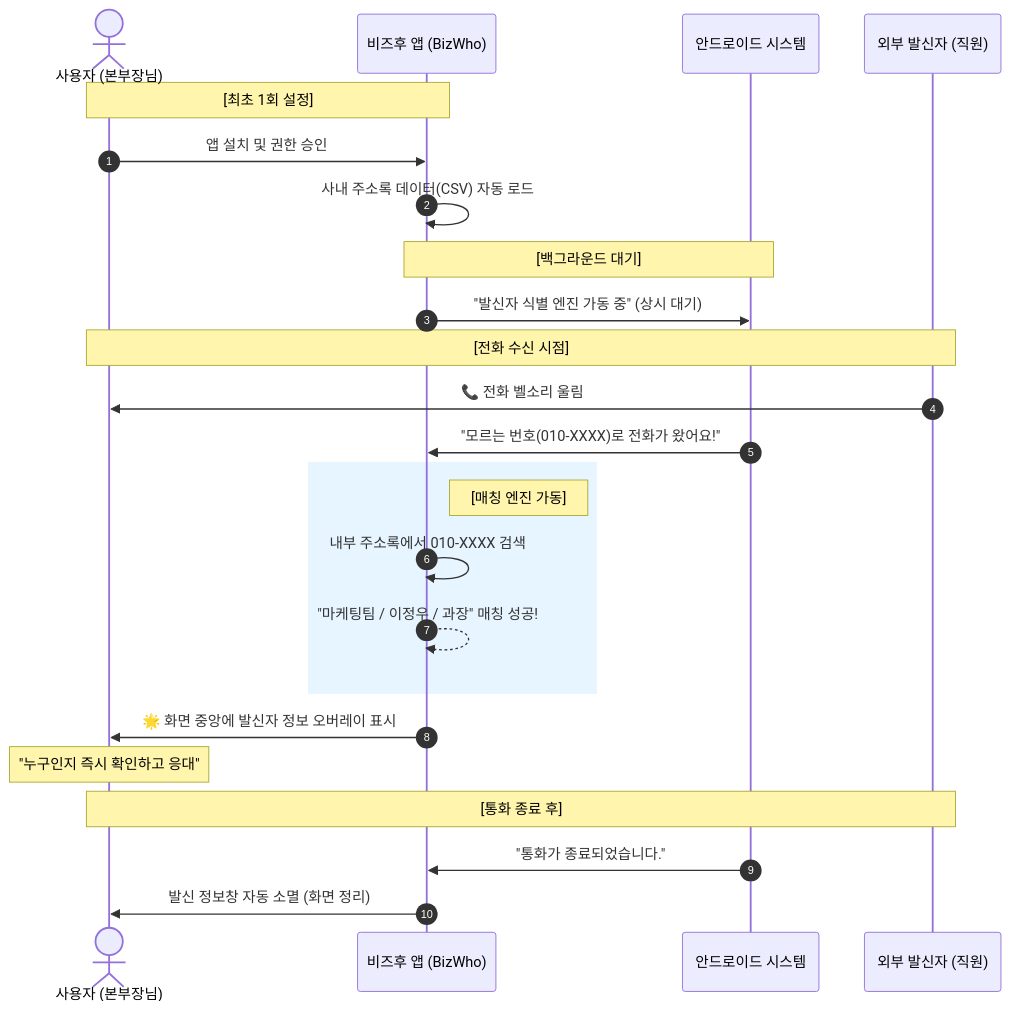
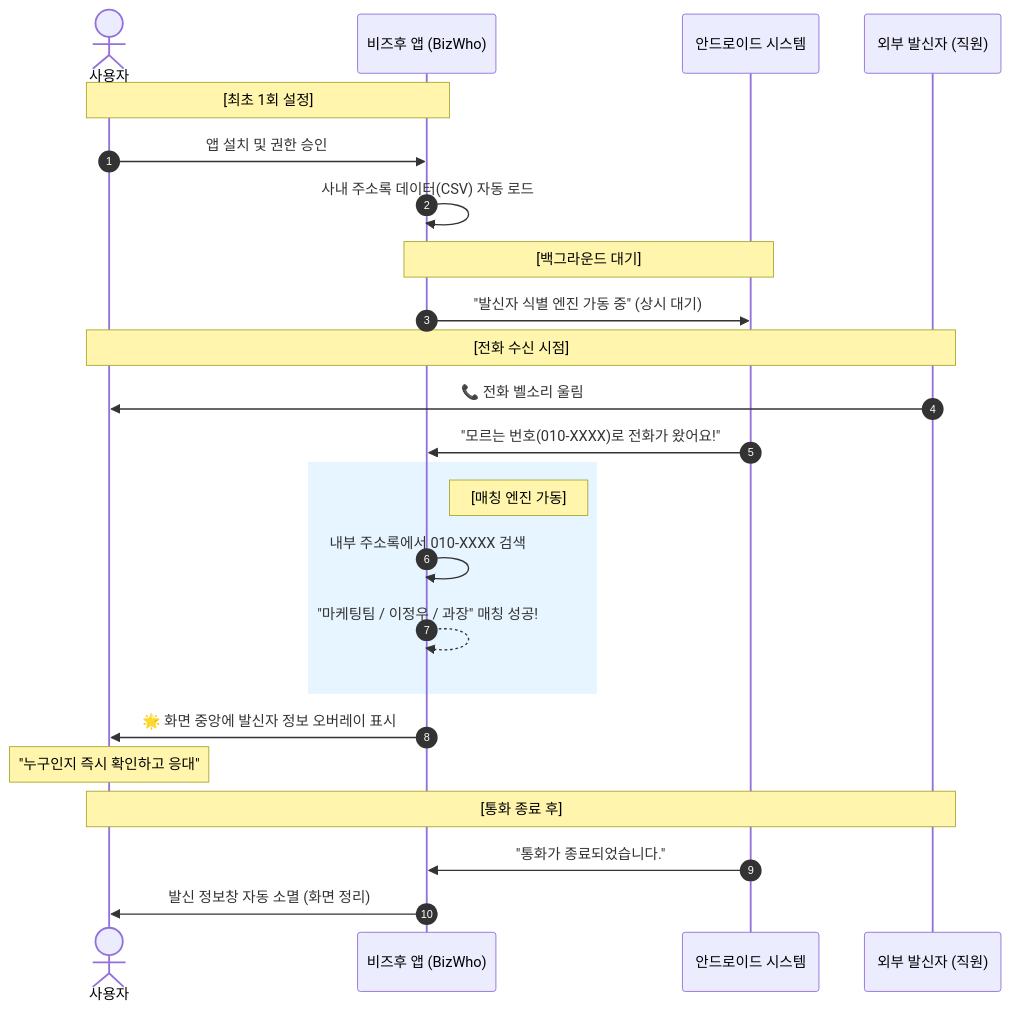
The diagram in docs/service_workflow.md (21ckorea/BizWho), drawn with Mermaid before and after one commit. The commit also changed other lines of this file, not shown here.

````diff
--- a/docs/service_workflow.md
+++ b/docs/service_workflow.md
@@ -7,32 +7,32 @@
 ```mermaid
 sequenceDiagram
     autonumber
-    actor User as 사용자 (본부장님)
+    actor User as 사용자
     participant App as 비즈후 앱 (BizWho)
     participant OS as 안드로이드 시스템
     participant Call as 외부 발신자 (직원)
 
     Note over User, App: [최초 1회 설정]
     User->>App: 앱 설치 및 권한 승인
     App->>App: 사내 주소록 데이터(CSV) 자동 로드
     
     Note over App, OS: [백그라운드 대기]
     App->>OS: "발신자 식별 엔진 가동 중" (상시 대기)
 
     Note over Call, User: [전화 수신 시점]
     Call->>User: 📞 전화 벨소리 울림
     OS->>App: "모르는 번호(010-XXXX)로 전화가 왔어요!"
     
     rect rgb(230, 245, 255)
         Note right of App: [매칭 엔진 가동]
         App->>App: 내부 주소록에서 010-XXXX 검색
         App-->>App: "마케팅팀 / 이정우 / 과장" 매칭 성공!
     end
 
     App->>User: 🌟 화면 중앙에 발신자 정보 오버레이 표시
     Note over User: "누구인지 즉시 확인하고 응대"
 
     Note over Call, User: [통화 종료 후]
     OS->>App: "통화가 종료되었습니다."
     App->>User: 발신 정보창 자동 소멸 (화면 정리)
 ```
````
